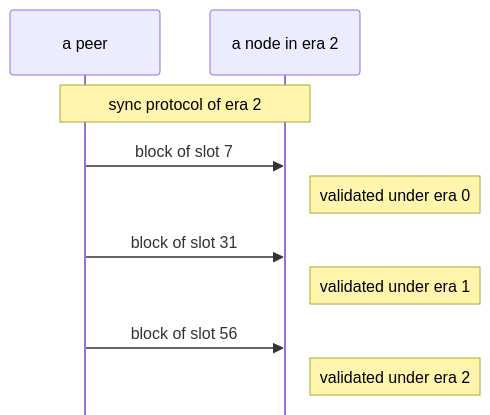
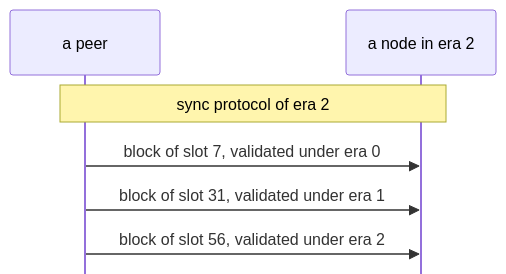
Before and after one commit to logos-co/logos-lips: the second of 7 diagrams in docs/blockchain/raw/bedrock-eras.md, drawn with Mermaid.

Commit message:
docs(blockchain): fold the validating era into the sync example's arrows

````diff
--- a/docs/blockchain/raw/bedrock-eras.md
+++ b/docs/blockchain/raw/bedrock-eras.md
@@ -72,17 +72,15 @@
 ```mermaid
 ---
 config:
   sequence:
     mirrorActors: false
+    messageMargin: 20
 ---
 sequenceDiagram
     participant P as a peer
     participant N as a node in era 2
     Note over P,N: sync protocol of era 2
-    P->>N: block of slot 7
-    Note right of N: validated under era 0
-    P->>N: block of slot 31
-    Note right of N: validated under era 1
-    P->>N: block of slot 56
-    Note right of N: validated under era 2
+    P->>N: block of slot 7, validated under era 0
+    P->>N: block of slot 31, validated under era 1
+    P->>N: block of slot 56, validated under era 2
 ```
````
